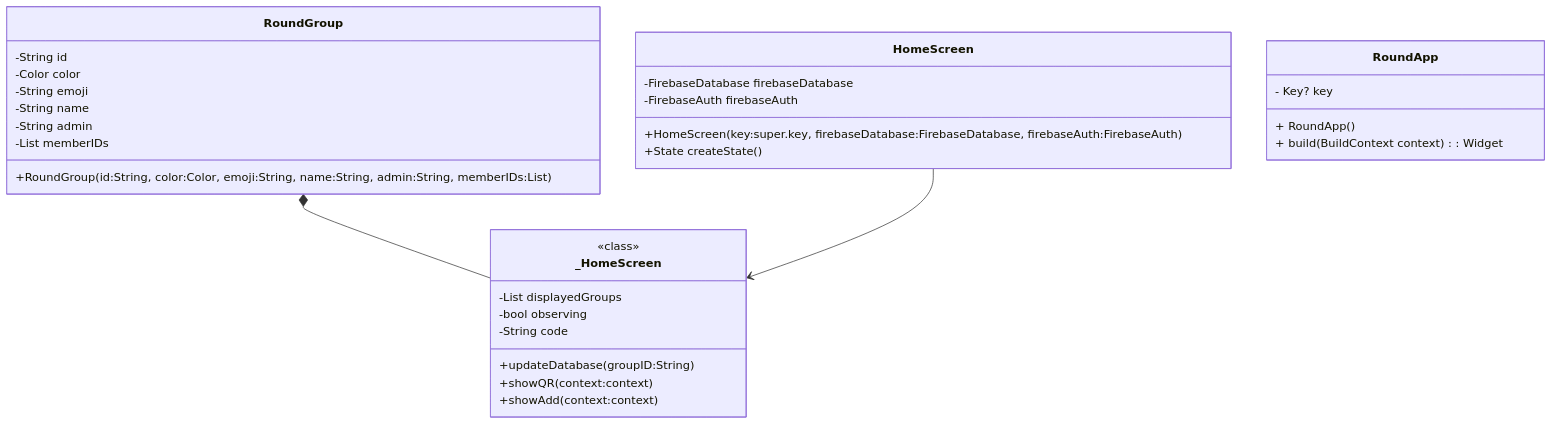
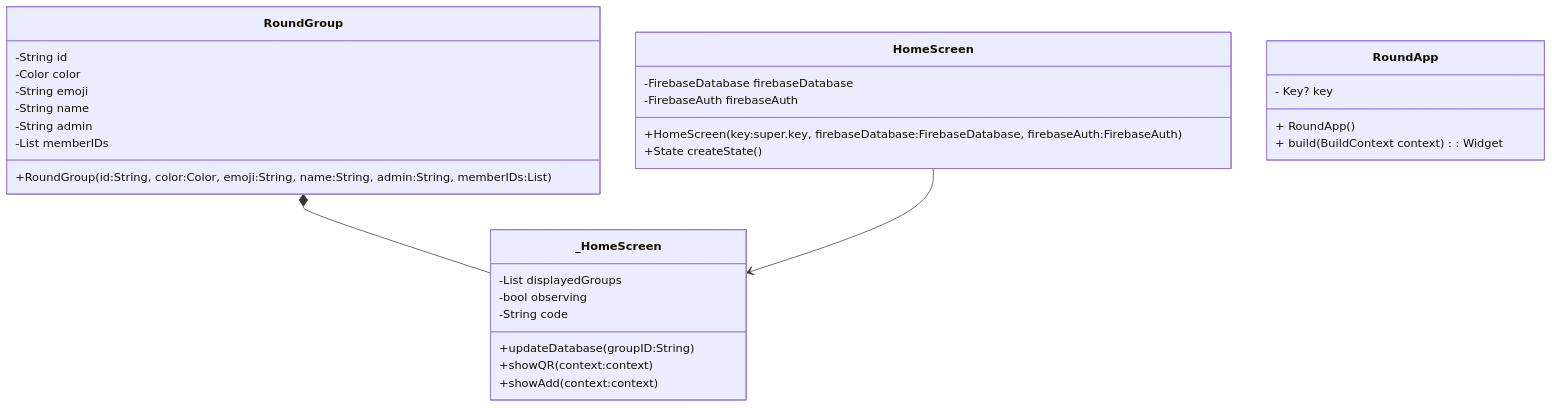
Before and after one commit to Capstone-Projects-2023-Spring/project-groupmeet: the sixth of 15 diagrams in documentation/docs/system-architecture/design.md, drawn with Mermaid. The commit also changed other lines of this file, not shown here.

````diff
--- a/documentation/docs/system-architecture/design.md
+++ b/documentation/docs/system-architecture/design.md
@@ -369,35 +372,34 @@
 ```mermaid
 classDiagram
 class RoundGroup {
             -String id
             -Color color
             -String emoji
             -String name
             -String admin
             -List<String> memberIDs
             +RoundGroup(id:String, color:Color, emoji:String, name:String, admin:String, memberIDs:List<String>)
         }
         class HomeScreen {
             -FirebaseDatabase firebaseDatabase
             -FirebaseAuth firebaseAuth
             +HomeScreen(key:super.key, firebaseDatabase:FirebaseDatabase, firebaseAuth:FirebaseAuth)
             +State<HomeScreen> createState()
         }
         class _HomeScreen {
-            <<class>>
             -List<RoundGroup> displayedGroups
             -bool observing
             -String code
             +updateDatabase(groupID:String)
             +showQR(context:context)
             +showAdd(context:context)
         }
         RoundGroup *-- _HomeScreen
         HomeScreen --> _HomeScreen
 
     class RoundApp {
         - Key? key
         + RoundApp()
         + build(BuildContext context): Widget
     }
 ```
````
